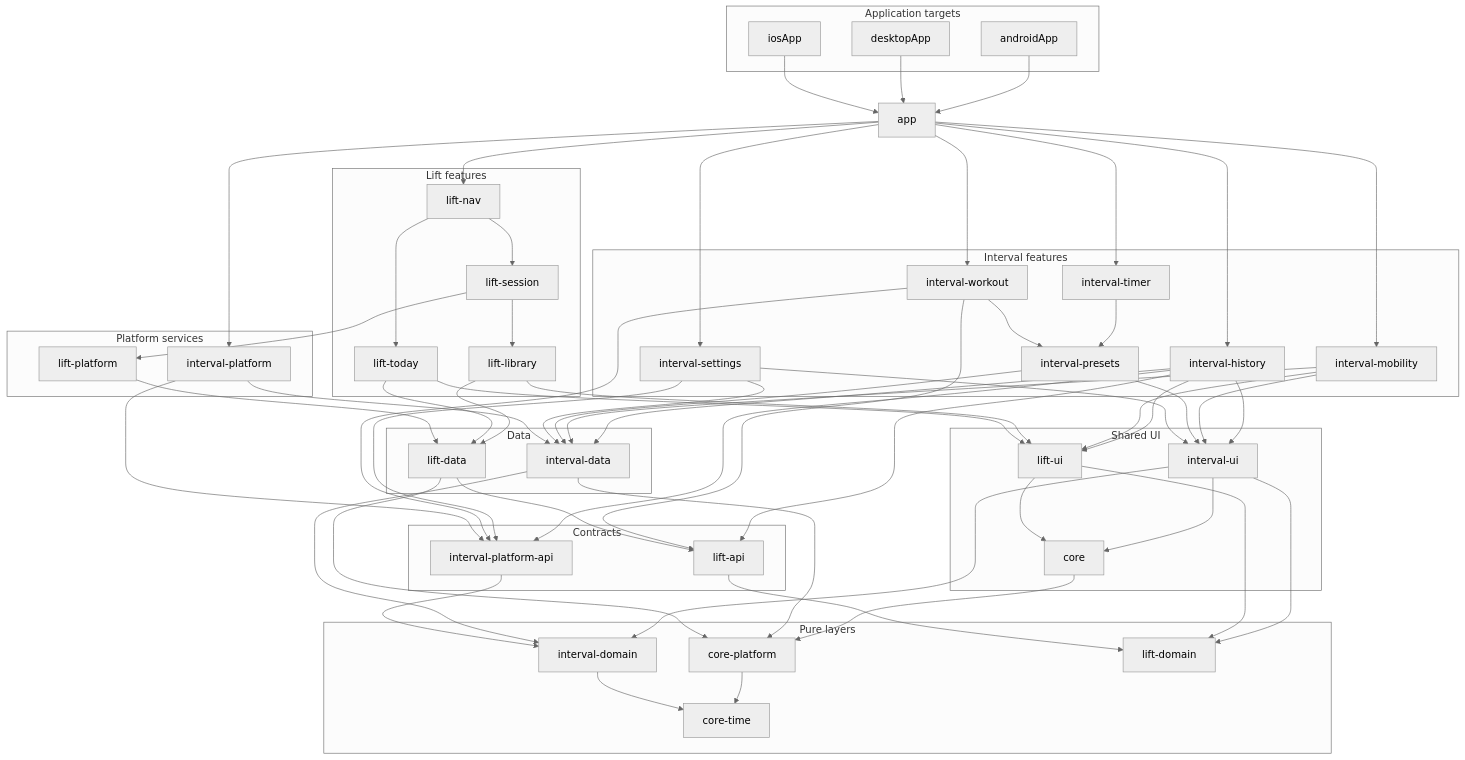
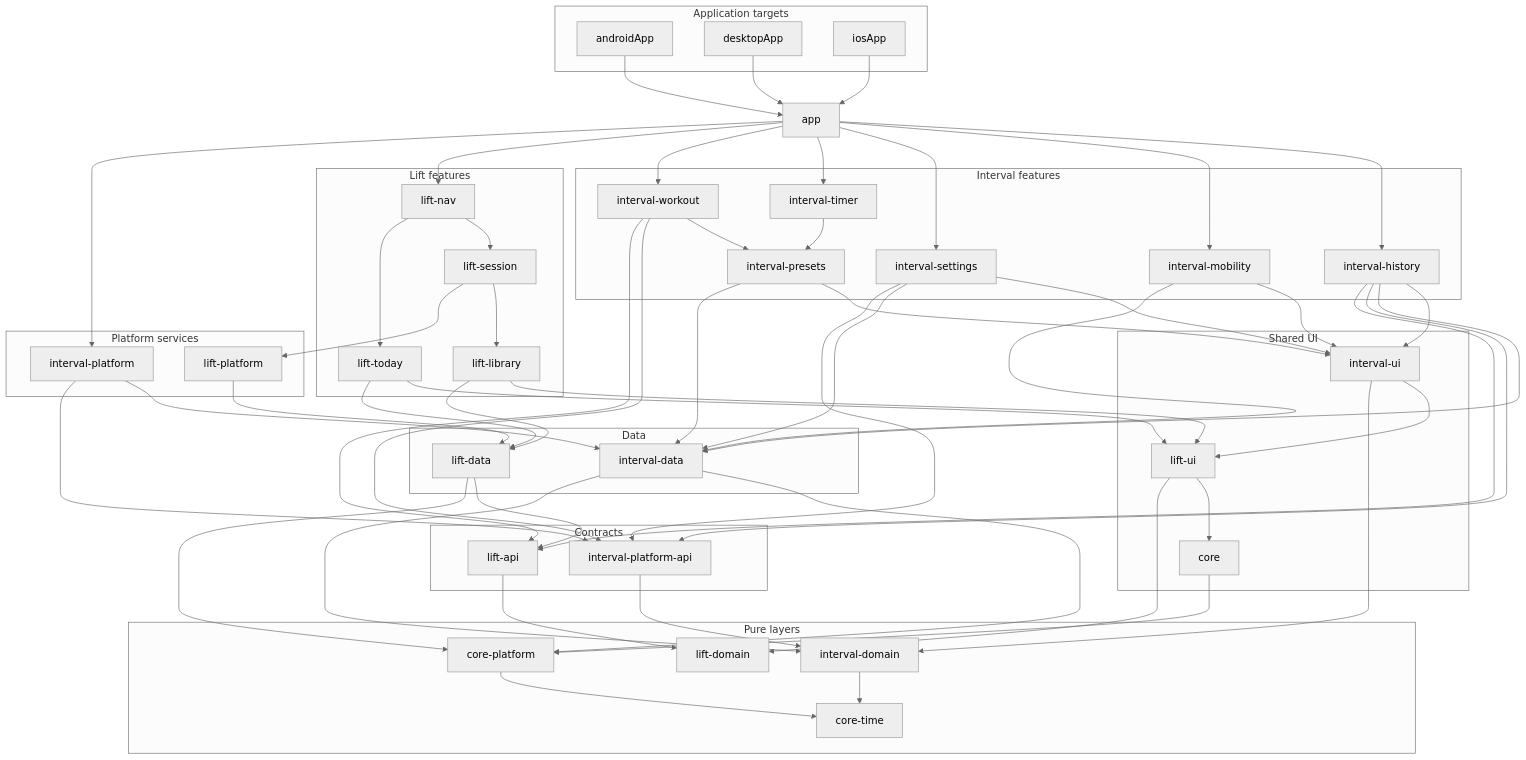
One commit to smithjustinn84-netizen/interval changed the first of 2 diagrams in docs/architecture.md. Above: the diagram before and after it, drawn with Mermaid (neutral theme). The commit also changed other lines of this file and 47 other files, not shown here.

```diff
--- a/docs/architecture.md
+++ b/docs/architecture.md
@@ -88,12 +88,10 @@
     app --> intervalPlatform
 
     intervalHistory --> intervalUi
-    intervalHistory --> liftUi
     intervalHistory --> intervalData
     intervalHistory --> intervalPlatformApi
     intervalHistory --> liftApi
     intervalMobility --> intervalUi
-    intervalMobility --> liftUi
     intervalMobility --> intervalData
     intervalPresets --> intervalUi
     intervalPresets --> intervalData
@@ -115,9 +113,8 @@
     liftToday --> liftData
 
     core --> corePlatform
-    intervalUi --> core
+    intervalUi --> liftUi
     intervalUi --> intervalDomain
-    intervalUi --> liftDomain
     liftUi --> core
     liftUi --> liftDomain
 
```
